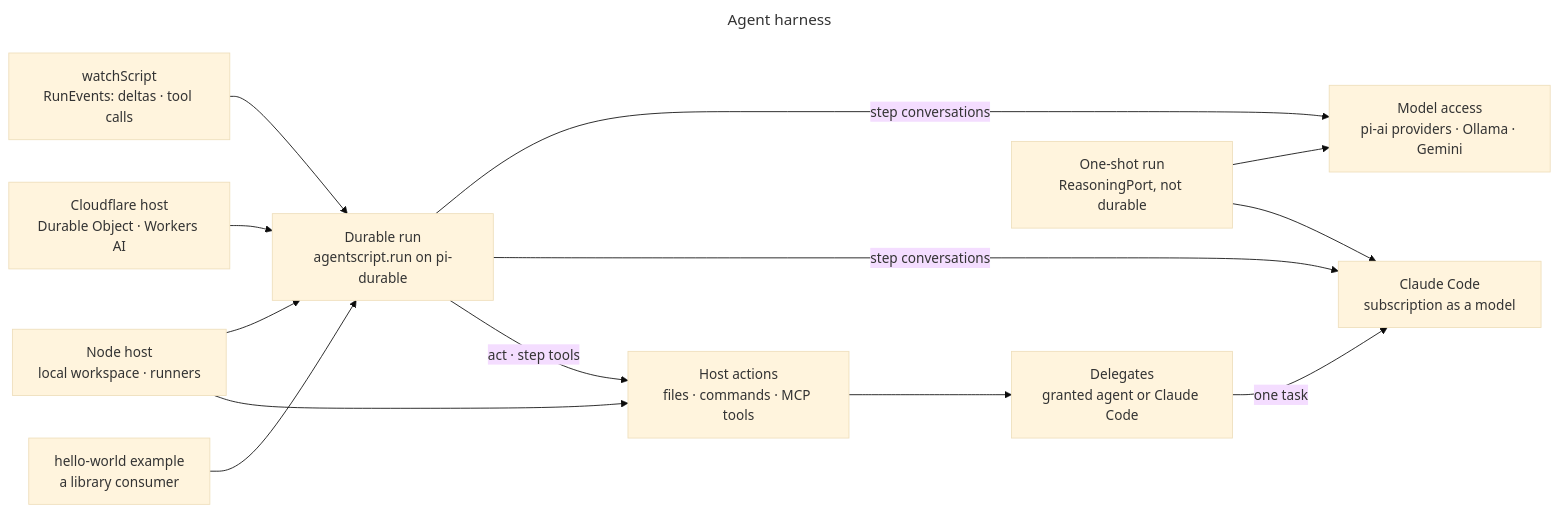
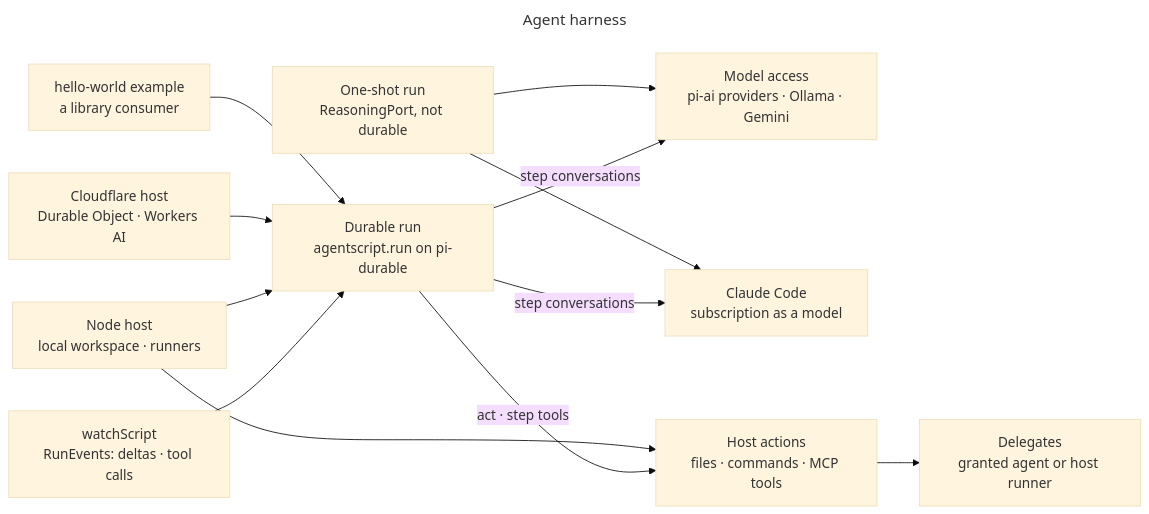
Before and after one commit to jtaylorcpp/specsesh-agent: the diagram in blueprint/harness.mmd, drawn with Mermaid (base theme). The commit also changed 56 other files, not shown here.

First line of the commit message:
remove-claude-code-delegate: Claude Code is model access only

```diff
--- a/blueprint/harness.mmd
+++ b/blueprint/harness.mmd
@@ -1,43 +1,42 @@
 ---
 title: Agent harness
 ---
 flowchart LR
   run[Durable run<br/>agentscript.run on pi-durable]
   models[Model access<br/>pi-ai providers · Ollama · Gemini]
   claude[Claude Code<br/>subscription as a model]
   tools[Host actions<br/>files · commands · MCP tools]
-  delegates[Delegates<br/>granted agent or Claude Code]
+  delegates[Delegates<br/>granted agent or host runner]
   watch[watchScript<br/>RunEvents: deltas · tool calls]
   nodehost[Node host<br/>local workspace · runners]
   cf[Cloudflare host<br/>Durable Object · Workers AI]
   oneshot[One-shot run<br/>ReasoningPort, not durable]
   example[hello-world example<br/>a library consumer]
 
   run -->|step conversations| models
   run -->|step conversations| claude
   run -->|act · step tools| tools
   tools --> delegates
-  delegates -->|one task| claude
   watch --> run
   nodehost --> run
   nodehost --> tools
   cf --> run
   example --> run
   oneshot --> models
   oneshot --> claude
 
   %% code: run packages/agent/src/durable/extension.ts:262
   %% code: models packages/agent/src/bin/models.ts:15
   %% code: claude packages/agent/src/claude-code/claude-code-provider.ts:96
   %% code: tools packages/agent/src/durable/workspace.ts:329
   %% code: delegates packages/agent/src/durable/delegation.ts:160
   %% code: watch packages/agent/src/durable/watch.ts:61
-  %% code: nodehost packages/agent/src/node/index.ts:11
+  %% code: nodehost packages/agent/src/node/index.ts:9
   %% code: cf packages/agent/src/cloudflare/index.ts:53
   %% code: oneshot packages/agent/src/interpreter/run.ts:664
   %% code: example examples/hello-world/main.ts:20
 
   %% subsystem: run durable-run.mmd
   %% subsystem: models models.mmd
   %% subsystem: claude claude-code.mmd
   %% subsystem: cf cloudflare.mmd
```
